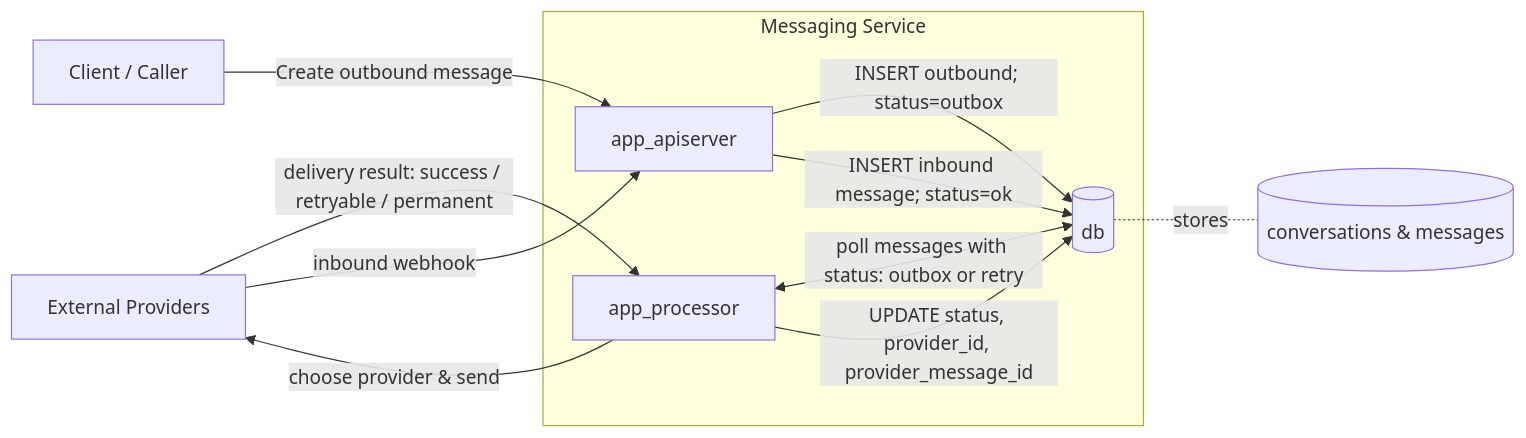
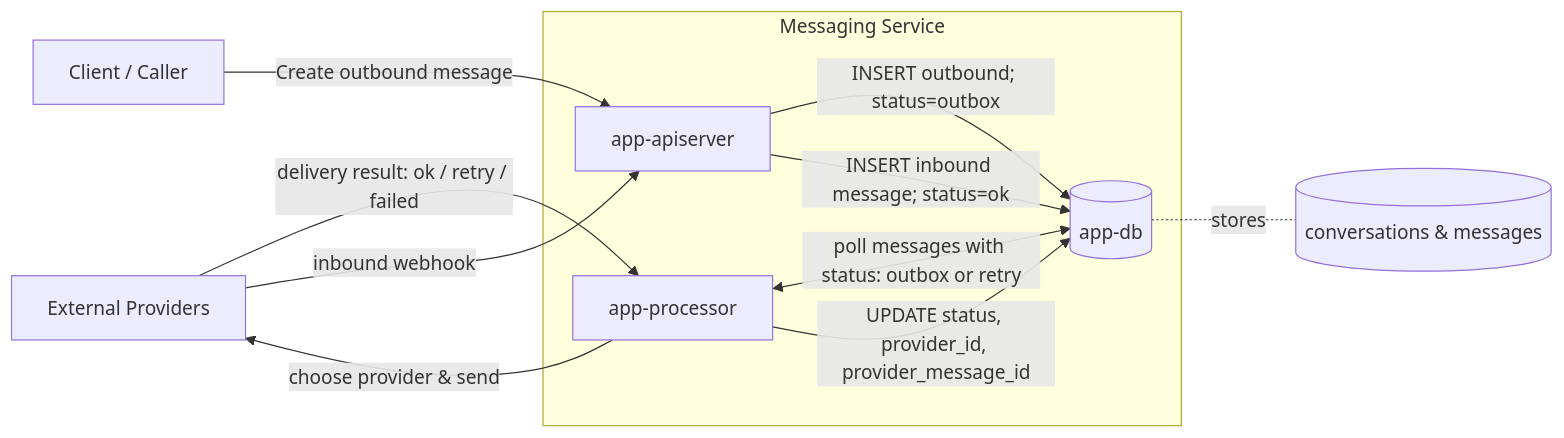
Before and after one commit to rdavison/messaging-service: the first of 3 diagrams in README.md, drawn with Mermaid. The commit also changed other lines of this file, not shown here.

````diff
--- a/README.md
+++ b/README.md
@@ -29,30 +29,30 @@
 ```mermaid
 flowchart LR
   %% External actors
   User[Client / Caller]
   Provider[External Providers]
 
   %% Internal services
   subgraph Messaging Service
-    API[app_apiserver]
-    MP[app_processor]
-    DB[(db)]
+    API[app-apiserver]
+    MP[app-processor]
+    DB[(app-db)]
   end
 
   %% Schema hint
   DB -. stores .- Tables[(conversations & messages)]
 
   %% Outbound creation
   User -->|Create outbound message| API
   API -->|INSERT outbound; status=outbox| DB
 
   %% Processor polling + delivery
   MP <-->|poll messages with status: outbox or retry| DB
   MP -->|choose provider & send| Provider
-  Provider -->|delivery result: success / retryable / permanent| MP
+  Provider -->|delivery result: ok / retry / failed| MP
   MP -->|UPDATE status, provider_id, provider_message_id| DB
 
   %% Inbound flow
   Provider -->|inbound webhook| API
   API -->|INSERT inbound message; status=ok| DB
 ```
````
